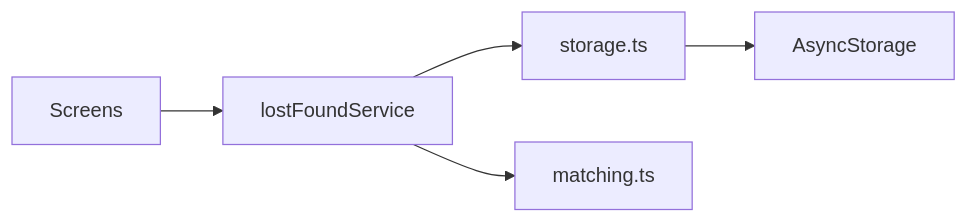
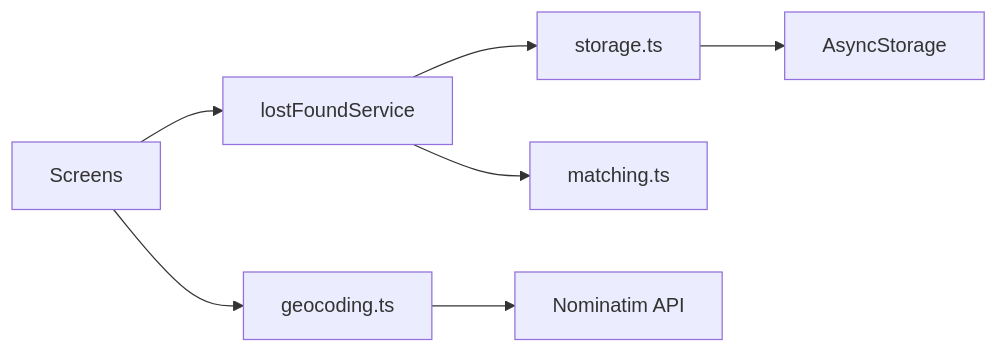
One commit to melnykmorti/vienna-lost-found changed the diagram in docs/ARCHITECTURE.md. Above: the diagram before and after it, drawn with Mermaid. The commit also changed other lines of this file and 1 other file, not shown here.

````diff
--- a/docs/ARCHITECTURE.md
+++ b/docs/ARCHITECTURE.md
@@ -39,7 +42,9 @@
 ```mermaid
 flowchart LR
   UI[Screens] --> SVC[lostFoundService]
   SVC --> ST[storage.ts]
   ST --> AS[AsyncStorage]
   SVC --> MAT[matching.ts]
+  UI --> GEO[geocoding.ts]
+  GEO --> NOM[Nominatim API]
 ```
````
